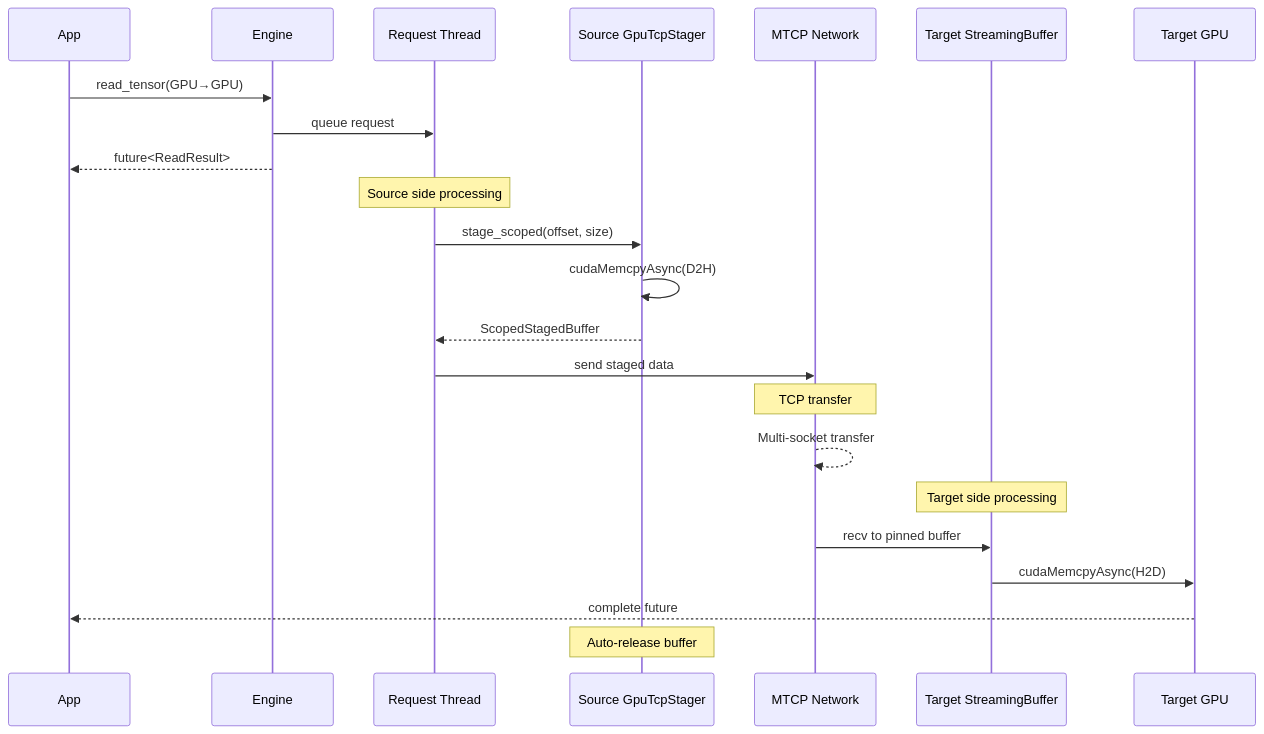
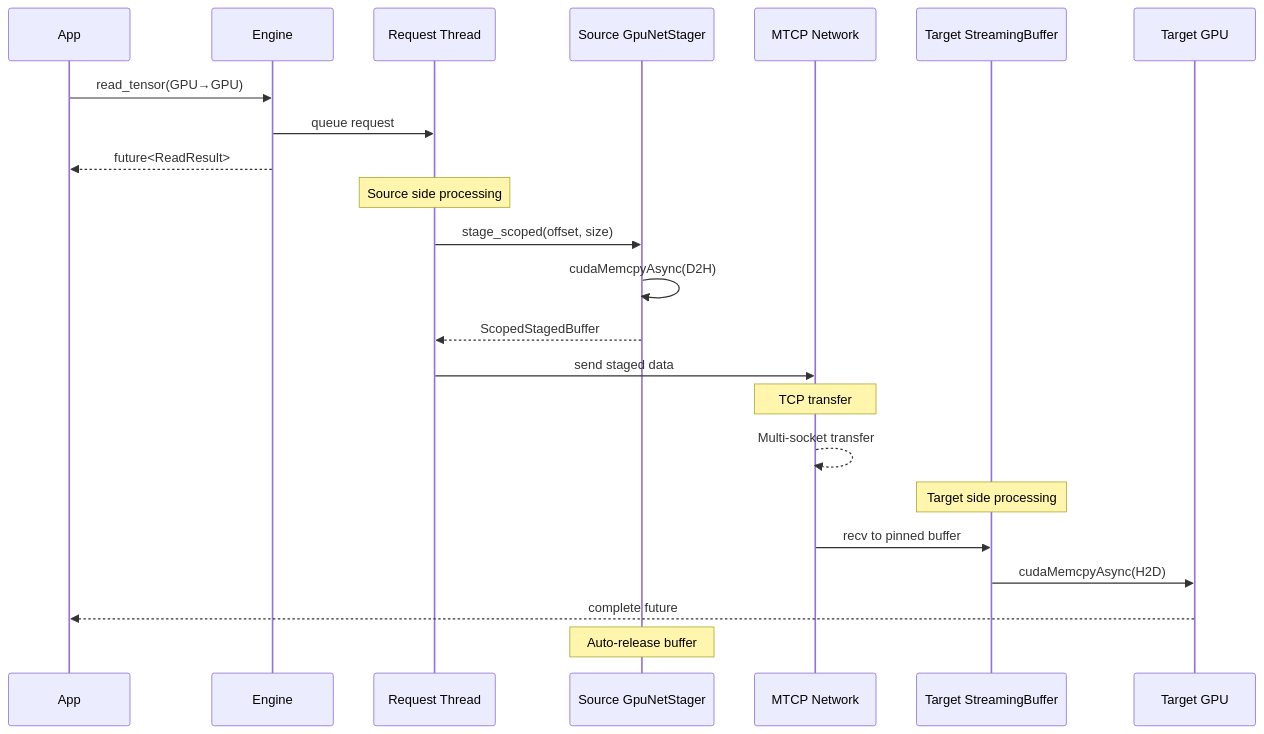
One commit to tensorcast-ai/tensorcast changed the tenth of 13 diagrams in web-docs/docs/developer-guides/core/communicator/README.md. Above: the diagram before and after it, drawn with Mermaid. The commit also changed other lines of this file and 32 other files, not shown here.

````diff
--- a/web-docs/docs/developer-guides/core/communicator/README.md
+++ b/web-docs/docs/developer-guides/core/communicator/README.md
@@ -428,30 +428,30 @@
 ```mermaid
 sequenceDiagram
   participant App
   participant Engine
   participant ReqThread as Request Thread
-  participant SrcStager as Source GpuTcpStager
+  participant SrcStager as Source GpuNetStager
   participant Network as MTCP Network
   participant TgtBuffer as Target StreamingBuffer
   participant GPU as Target GPU
 
   App->>Engine: read_tensor(GPU→GPU)
   Engine->>ReqThread: queue request
   Engine-->>App: future<ReadResult>
 
   Note over ReqThread: Source side processing
   ReqThread->>SrcStager: stage_scoped(offset, size)
   SrcStager->>SrcStager: cudaMemcpyAsync(D2H)
   SrcStager-->>ReqThread: ScopedStagedBuffer
   ReqThread->>Network: send staged data
 
   Note over Network: TCP transfer
   Network-->>Network: Multi-socket transfer
 
   Note over TgtBuffer: Target side processing
   Network->>TgtBuffer: recv to pinned buffer
   TgtBuffer->>GPU: cudaMemcpyAsync(H2D)
   GPU-->>App: complete future
 
   Note over SrcStager: Auto-release buffer
 ```
````
